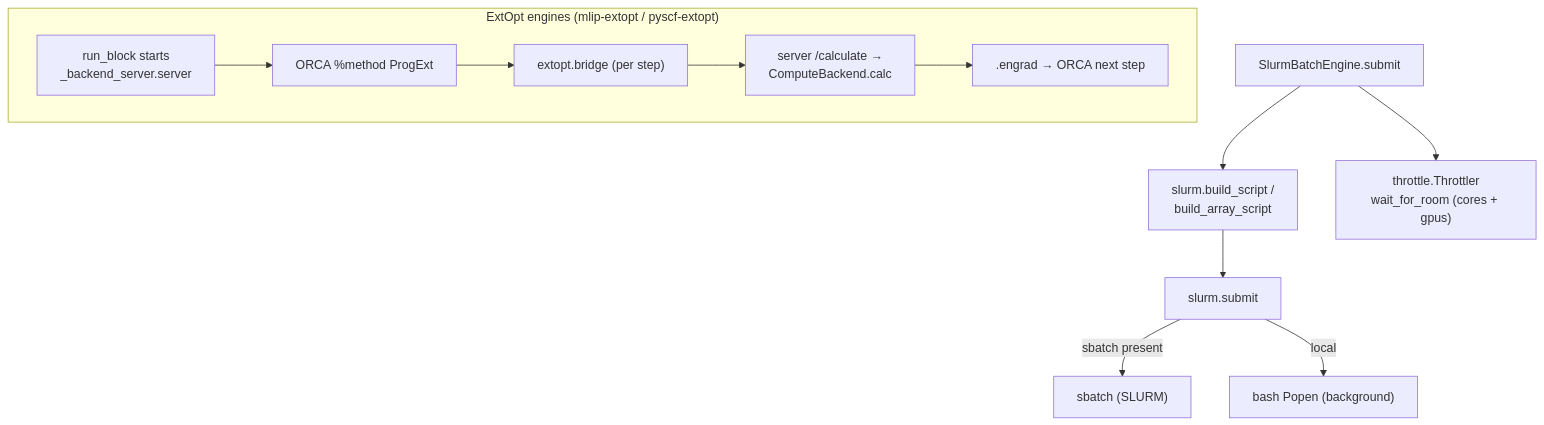
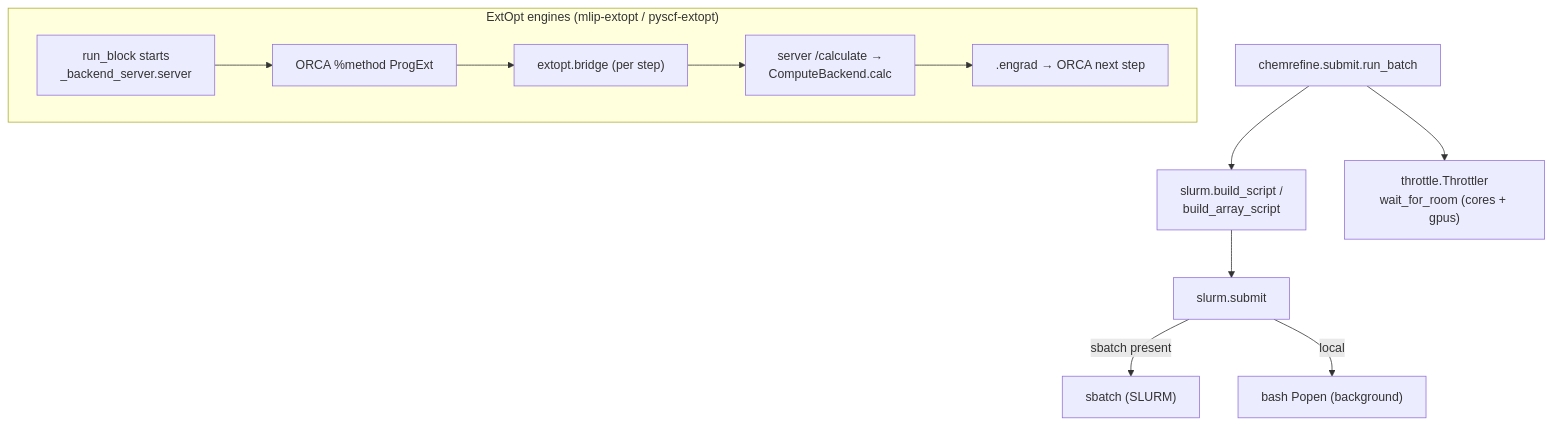
The second of 2 diagrams in docs/concepts/architecture.md (sterling-group/ChemRefine), drawn with Mermaid before and after one commit. The commit also changed other lines of this file and 39 other files, not shown here.

First line of the commit message:
refactor: make engines plugins — flat submit, BatchEngine base, capability by Protocol

````diff
--- a/docs/concepts/architecture.md
+++ b/docs/concepts/architecture.md
@@ -51,15 +52,15 @@
 ```mermaid
 flowchart TD
-  SUB["SlurmBatchEngine.submit"] --> BUILD["slurm.build_script /\nbuild_array_script"]
+  SUB["chemrefine.submit.run_batch"] --> BUILD["slurm.build_script /\nbuild_array_script"]
   BUILD --> SUBMIT["slurm.submit"]
   SUBMIT -- sbatch present --> SBATCH["sbatch (SLURM)"]
   SUBMIT -- local --> POPEN["bash Popen (background)"]
   SUB --> THR["throttle.Throttler\nwait_for_room (cores + gpus)"]
 
   subgraph ExtOpt["ExtOpt engines (mlip-extopt / pyscf-extopt)"]
     RB["run_block starts\n_backend_server.server"] --> ORCA["ORCA %method ProgExt"]
     ORCA --> BRIDGE["extopt.bridge (per step)"]
     BRIDGE --> CALC["server /calculate →\nComputeBackend.calc"]
     CALC --> ENGRAD[".engrad → ORCA next step"]
   end
 ```
````
